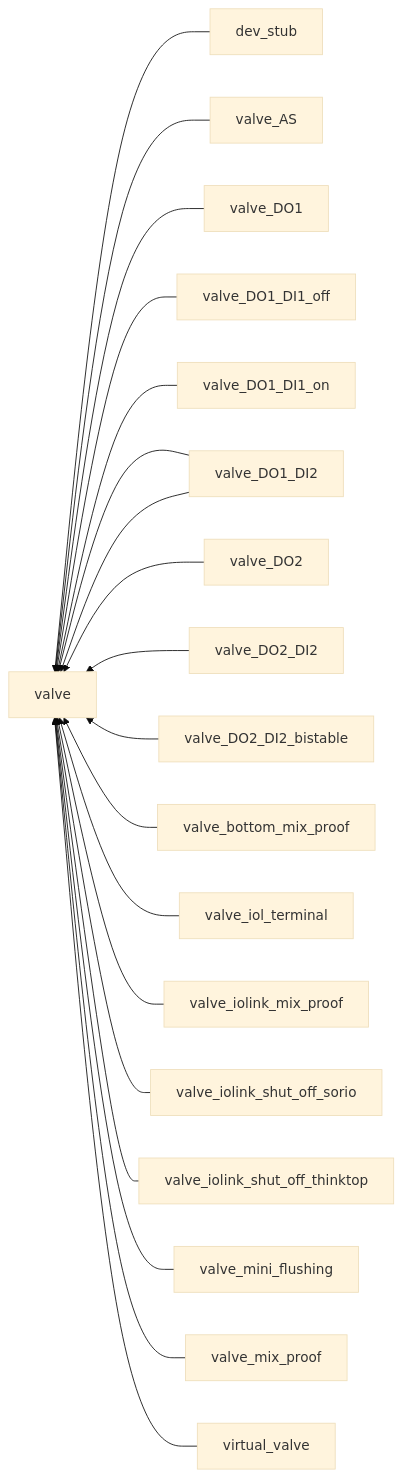
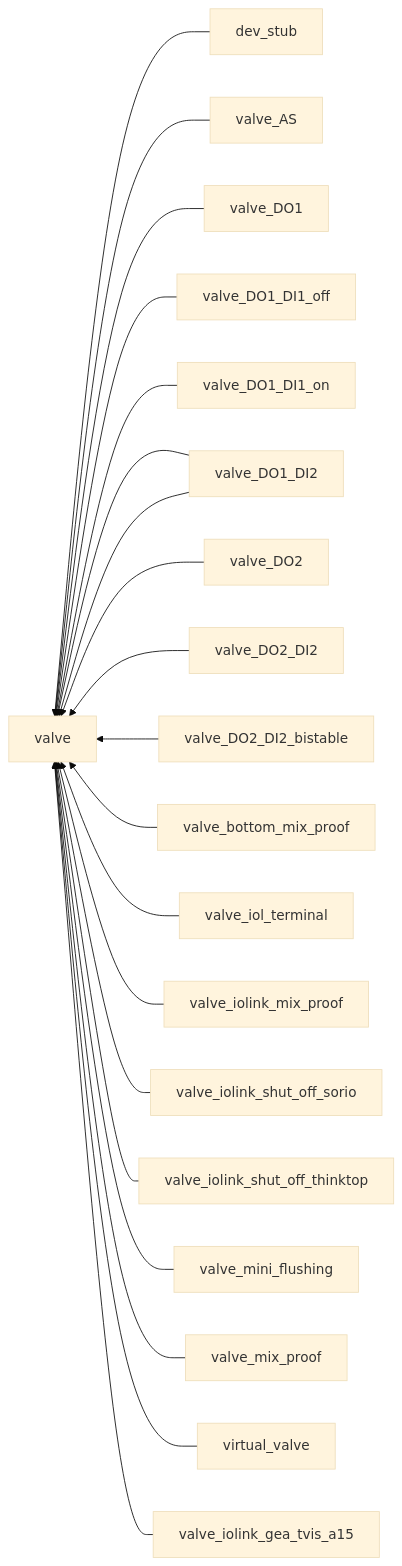
One commit to savushkin-r-d/ptusa_main changed the fifth of 5 diagrams in docs/class_scheme/readme.md. Above: the diagram before and after it, drawn with Mermaid (base theme). The commit also changed other lines of this file, not shown here.

Commit message:
Schemas updated

````diff
--- a/docs/class_scheme/readme.md
+++ b/docs/class_scheme/readme.md
@@ -63,21 +65,22 @@
 ```mermaid
 flowchart RL
     dev_stub[dev_stub]-->valve
     valve_AS[valve_AS]-->valve
     valve_DO1[valve_DO1]-->valve
     valve_DO1_DI1_off[valve_DO1_DI1_off]-->valve
     valve_DO1_DI1_on[valve_DO1_DI1_on]-->valve
     valve_DO1_DI2[valve_DO1_DI2]-->valve
     valve_DO1_DI2[valve_DO1_DI2]-->valve
     valve_DO2[valve_DO2]-->valve
     valve_DO2_DI2[valve_DO2_DI2]-->valve
     valve_DO2_DI2_bistable[valve_DO2_DI2_bistable]-->valve
     valve_bottom_mix_proof[valve_bottom_mix_proof]-->valve
     valve_iol_terminal[valve_iol_terminal]-->valve
     valve_iolink_mix_proof[valve_iolink_mix_proof]-->valve
     valve_iolink_shut_off_sorio[valve_iolink_shut_off_sorio]-->valve
     valve_iolink_shut_off_thinktop[valve_iolink_shut_off_thinktop]-->valve
     valve_mini_flushing[valve_mini_flushing]-->valve
     valve_mix_proof[valve_mix_proof]-->valve
     virtual_valve[virtual_valve]-->valve
+    valve_iolink_gea_tvis_a15[valve_iolink_gea_tvis_a15]-->valve
 ```
````
